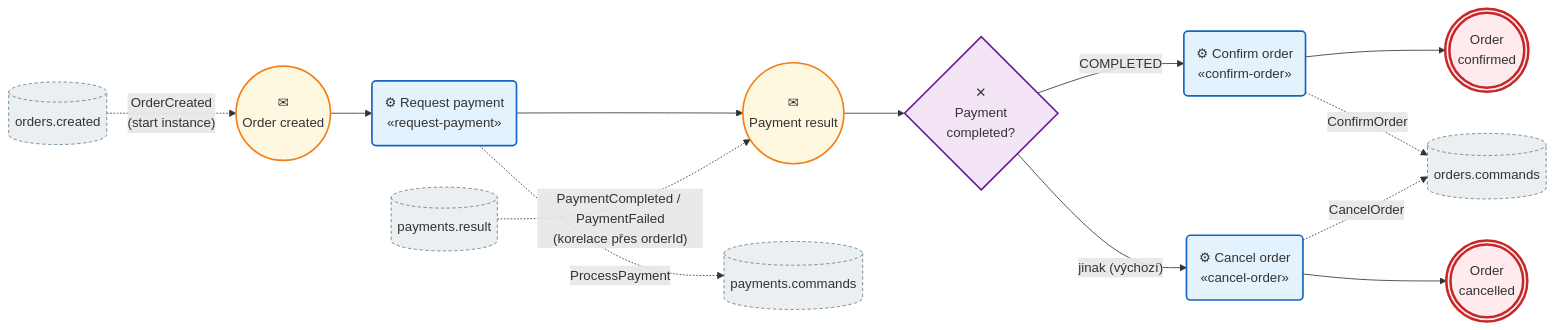
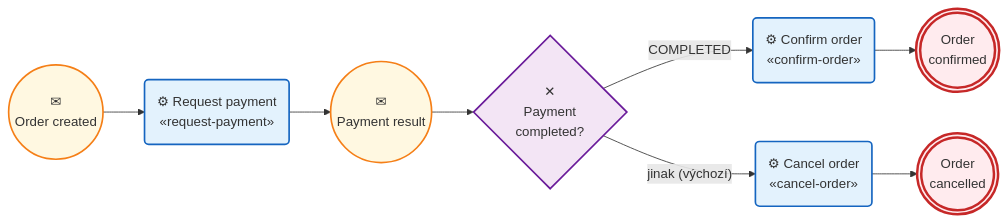
Before and after one commit to eriskooo/event-driven-demo: the second of 2 diagrams in README.md, drawn with Mermaid. The commit also changed other lines of this file and 55 other files, not shown here.

First line of the commit message:
Condense README and clarify Camunda's role in diagrams

````diff
--- a/README.md
+++ b/README.md
@@ -79,28 +64,19 @@
 ```mermaid
 flowchart LR
     start(("✉<br/>Order created")) --> pay("⚙ Request payment<br/>«request-payment»")
     pay --> wait(("✉<br/>Payment result"))
     wait --> gw{"✕<br/>Payment<br/>completed?"}
     gw -- "COMPLETED" --> confirm("⚙ Confirm order<br/>«confirm-order»")
     gw -- "jinak (výchozí)" --> cancel("⚙ Cancel order<br/>«cancel-order»")
     confirm --> ok((("Order<br/>confirmed")))
     cancel --> ko((("Order<br/>cancelled")))
 
-    %% Kafka topicy – tečkovaně, aby bylo vidět, kudy proces komunikuje se službami
-    t1[("orders.created")] -. "OrderCreated<br/>(start instance)" .-> start
-    pay -. "ProcessPayment" .-> t2[("payments.commands")]
-    t3[("payments.result")] -. "PaymentCompleted / PaymentFailed<br/>(korelace přes orderId)" .-> wait
-    confirm -. "ConfirmOrder" .-> t4[("orders.commands")]
-    cancel -. "CancelOrder" .-> t4
-
     classDef event fill:#fff8e1,stroke:#f57f17,stroke-width:2px
     classDef endEvent fill:#ffebee,stroke:#c62828,stroke-width:3px
     classDef task fill:#e3f2fd,stroke:#1565c0,stroke-width:2px
     classDef gateway fill:#f3e5f5,stroke:#6a1b9a,stroke-width:2px
-    classDef topic fill:#eceff1,stroke:#607d8b,stroke-dasharray:4 3
     class start,wait event
     class ok,ko endEvent
     class pay,confirm,cancel task
     class gw gateway
-    class t1,t2,t3,t4 topic
 ```
````
